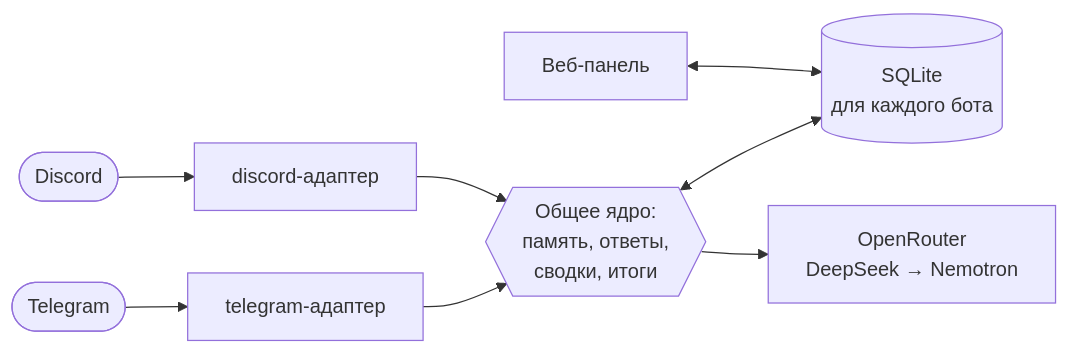
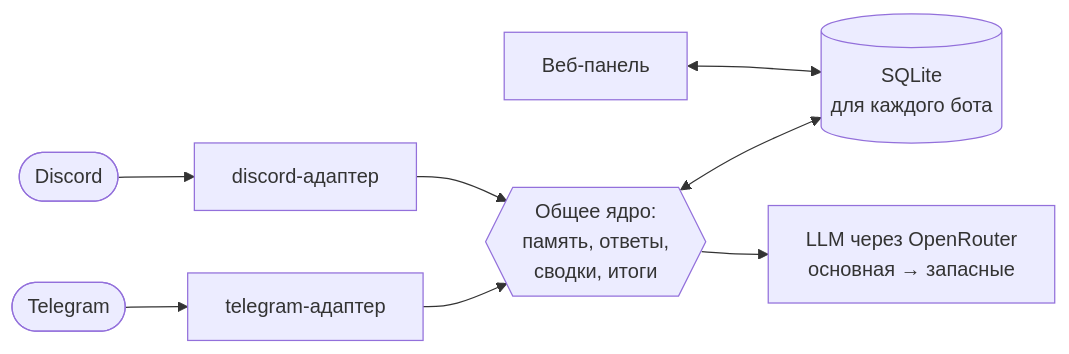
The diagram in README.md (dzotyara/backseat), drawn with Mermaid before and after one commit. The commit also changed other lines of this file and 3 other files, not shown here.

First line of the commit message:
Docs: say "LLM via OpenRouter" instead of naming the model and its hosts

````diff
--- a/README.md
+++ b/README.md
@@ -78,10 +78,10 @@
 ```mermaid
 flowchart LR
     TG([Telegram]) --> TA[telegram-адаптер]
     DS([Discord]) --> DA[discord-адаптер]
     TA --> CORE{{Общее ядро:<br/>память, ответы,<br/>сводки, итоги}}
     DA --> CORE
     CORE <--> DB[(SQLite<br/>для каждого бота)]
-    CORE --> LLM[OpenRouter<br/>DeepSeek → Nemotron]
+    CORE --> LLM[LLM через OpenRouter<br/>основная → запасные]
     WEB[Веб-панель] <--> DB
 ```
````
